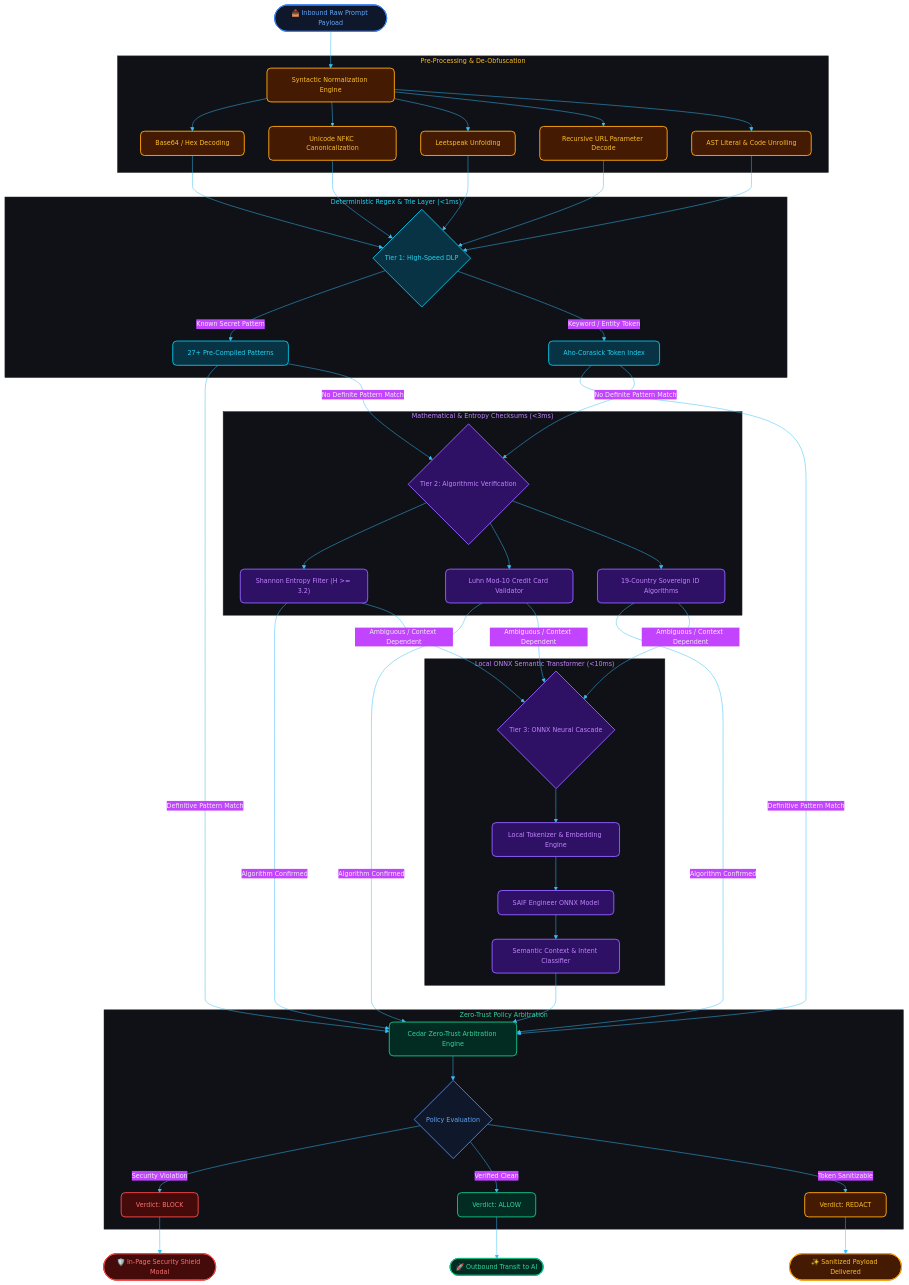
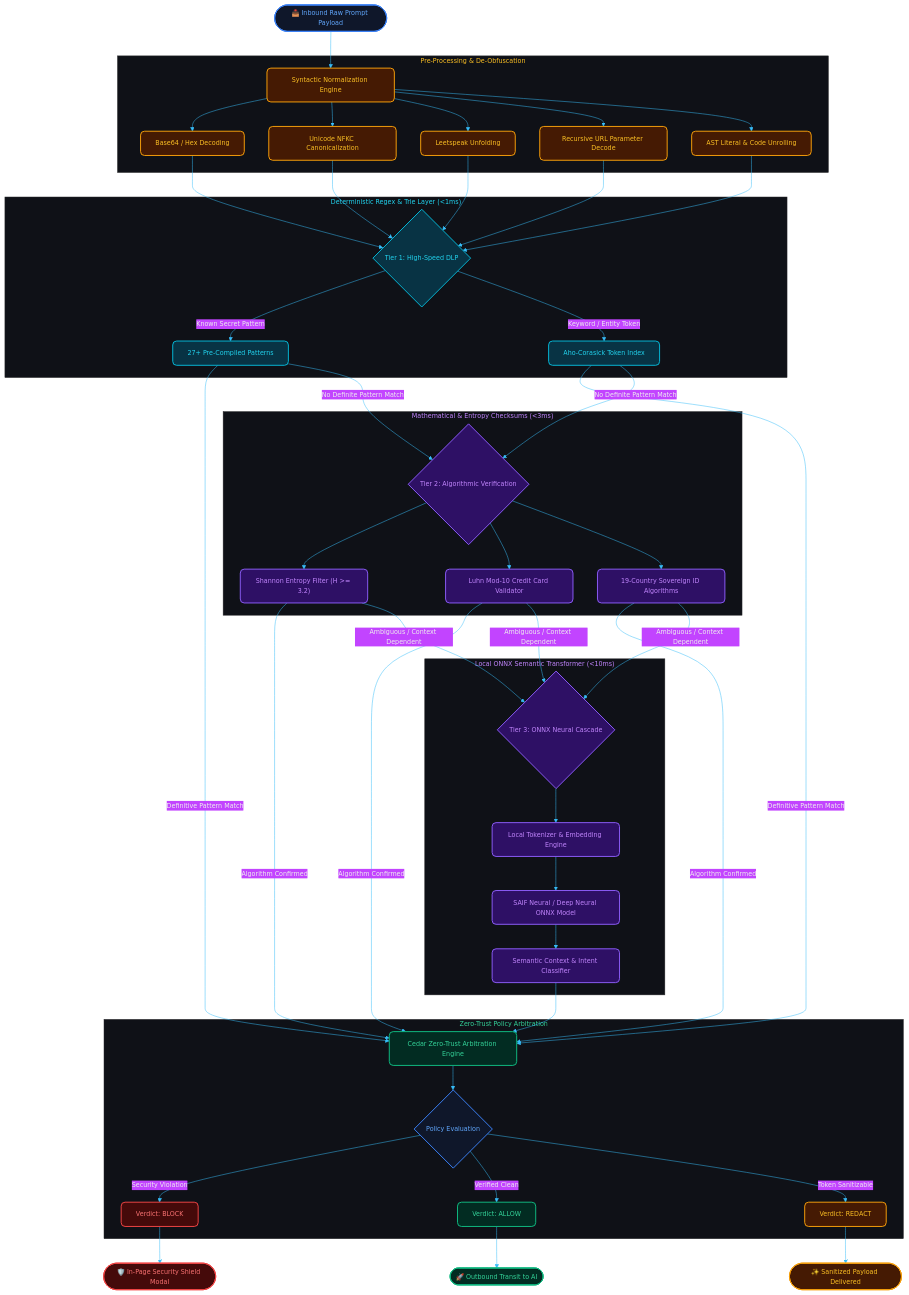
Before and after one commit to sudohackfu/saif-free-tier: the third of 5 diagrams in docs/ARCHITECTURE.md, drawn with Mermaid. The commit also changed other lines of this file and 9 other files, not shown here.

````diff
--- a/docs/ARCHITECTURE.md
+++ b/docs/ARCHITECTURE.md
@@ -196,77 +209,77 @@
 ```mermaid
 %%{init: {
   'theme': 'base',
   'themeVariables': {
     'darkMode': true,
     'background': '#09090b',
     'mainBkg': '#121217',
     'nodeBorder': '#27272a',
     'textColor': '#f4f4f5',
     'fontFamily': 'Inter, system-ui, -apple-system, sans-serif',
     'fontSize': '13px',
     'lineColor': '#38bdf8'
   }
 }}%%
 flowchart TD
     START(["📥 Inbound Raw Prompt Payload"]):::blueNode --> NORM["Syntactic Normalization Engine"]:::amberNode
 
     subgraph Normalization ["Pre-Processing & De-Obfuscation"]
         NORM --> B64["Base64 / Hex Decoding"]:::amberNode
         NORM --> UNI["Unicode NFKC Canonicalization"]:::amberNode
         NORM --> LEET["Leetspeak Unfolding"]:::amberNode
         NORM --> URLD["Recursive URL Parameter Decode"]:::amberNode
         NORM --> AST["AST Literal & Code Unrolling"]:::amberNode
     end
 
     B64 & UNI & LEET & URLD & AST --> TIER1{"Tier 1: High-Speed DLP"}:::cyanNode
 
     subgraph FastPath ["Deterministic Regex & Trie Layer (<1ms)"]
         TIER1 -->|"Known Secret Pattern"| REGEX["27+ Pre-Compiled Patterns"]:::cyanNode
         TIER1 -->|"Keyword / Entity Token"| AHO["Aho-Corasick Token Index"]:::cyanNode
     end
 
     REGEX & AHO -->|"Definitive Pattern Match"| CEDAR
     REGEX & AHO -->|"No Definite Pattern Match"| TIER2{"Tier 2: Algorithmic Verification"}:::purpleNode
 
     subgraph MathLayer ["Mathematical & Entropy Checksums (<3ms)"]
         TIER2 --> SHANNON["Shannon Entropy Filter (H >= 3.2)"]:::purpleNode
         TIER2 --> LUHN["Luhn Mod-10 Credit Card Validator"]:::purpleNode
         TIER2 --> SOV["19-Country Sovereign ID Algorithms"]:::purpleNode
     end
 
     SHANNON & LUHN & SOV -->|"Algorithm Confirmed"| CEDAR
     SHANNON & LUHN & SOV -->|"Ambiguous / Context Dependent"| TIER3{"Tier 3: ONNX Neural Cascade"}:::purpleNode
 
     subgraph NeuralLayer ["Local ONNX Semantic Transformer (<10ms)"]
         TIER3 --> EMBED["Local Tokenizer & Embedding Engine"]:::purpleNode
-        EMBED --> ONNX_ENG["SAIF Engineer ONNX Model"]:::purpleNode
+        EMBED --> ONNX_ENG["SAIF Neural / Deep Neural ONNX Model"]:::purpleNode
         ONNX_ENG --> INTENT["Semantic Context & Intent Classifier"]:::purpleNode
     end
 
     INTENT --> CEDAR["Cedar Zero-Trust Arbitration Engine"]:::greenNode
 
     subgraph Decision ["Zero-Trust Policy Arbitration"]
         CEDAR --> VERDICT{"Policy Evaluation"}:::blueNode
         VERDICT -->|"Security Violation"| ACT_BLOCK["Verdict: BLOCK"]:::redNode
         VERDICT -->|"Verified Clean"| ACT_ALLOW["Verdict: ALLOW"]:::greenNode
         VERDICT -->|"Token Sanitizable"| ACT_REDACT["Verdict: REDACT"]:::amberNode
     end
 
     ACT_BLOCK --> OUT_BLOCK(["🛡️ In-Page Security Shield Modal"]):::redNode
     ACT_ALLOW --> OUT_ALLOW(["🚀 Outbound Transit to AI"]):::greenNode
     ACT_REDACT --> OUT_REDACT(["✨ Sanitized Payload Delivered"]):::amberNode
 
     classDef default fill:#121217,stroke:#27272a,stroke-width:1.5px,color:#f4f4f5,rx:8px,ry:8px;
     classDef blueNode fill:#0f172a,stroke:#3b82f6,stroke-width:2px,color:#60a5fa,rx:8px,ry:8px;
     classDef cyanNode fill:#083344,stroke:#06b6d4,stroke-width:2px,color:#22d3ee,rx:8px,ry:8px;
     classDef greenNode fill:#022c22,stroke:#10b981,stroke-width:2px,color:#34d399,rx:8px,ry:8px;
     classDef redNode fill:#450a0a,stroke:#ef4444,stroke-width:2px,color:#f87171,rx:8px,ry:8px;
     classDef amberNode fill:#451a03,stroke:#f59e0b,stroke-width:2px,color:#fbbf24,rx:8px,ry:8px;
     classDef purpleNode fill:#2e1065,stroke:#8b5cf6,stroke-width:2px,color:#c084fc,rx:8px,ry:8px;
 
     style Normalization fill:#0f1117,stroke:#27272a,stroke-width:1px,color:#fbbf24;
     style FastPath fill:#0f1117,stroke:#27272a,stroke-width:1px,color:#22d3ee;
     style MathLayer fill:#0f1117,stroke:#27272a,stroke-width:1px,color:#c084fc;
     style NeuralLayer fill:#0f1117,stroke:#27272a,stroke-width:1px,color:#c084fc;
     style Decision fill:#0f1117,stroke:#27272a,stroke-width:1px,color:#34d399;
 ```
````
